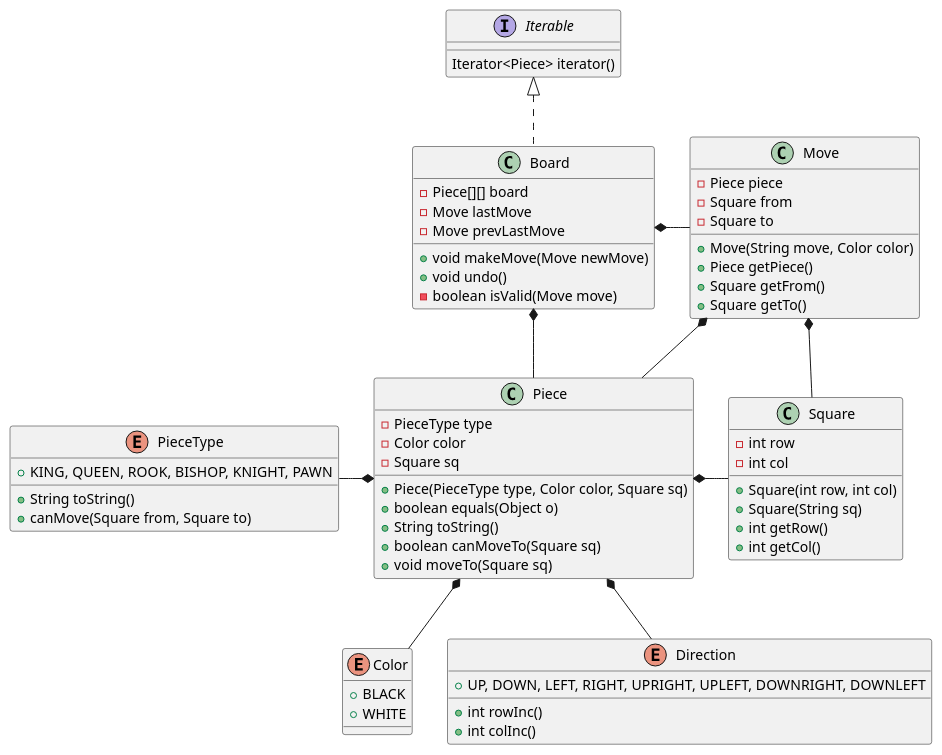
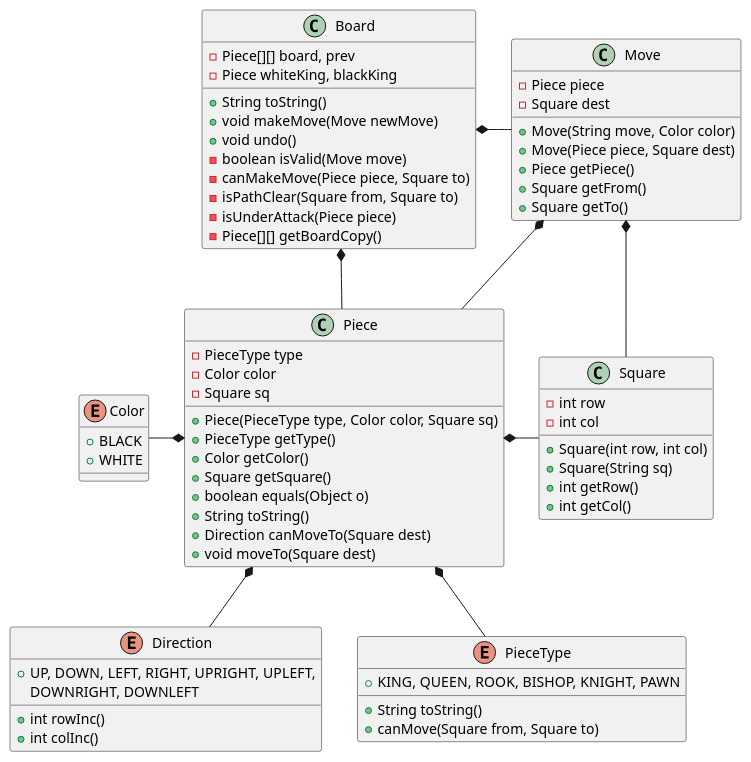
The diagram in src/Chess/utils/Chess_diagram.puml (rodrihern/POO-ITBA), drawn with PlantUML before and after one commit. The commit also changed 9 other files, not shown here.

```diff
--- a/src/Chess/utils/Chess_diagram.puml
+++ b/src/Chess/utils/Chess_diagram.puml
@@ -1,74 +1,77 @@
 @startuml
 
 
-interface Iterable {
-    Iterator<Piece> iterator()
-}
-
 class Board {
-    -Piece[][] board
-    -Move lastMove
-    -Move prevLastMove
+    -Piece[][] board, prev
+    -Piece whiteKing, blackKing
+    +String toString()
     +void makeMove(Move newMove)
     +void undo()
     -boolean isValid(Move move)
+    -canMakeMove(Piece piece, Square to)
+    -isPathClear(Square from, Square to)
+    -isUnderAttack(Piece piece)
+    -Piece[][] getBoardCopy()
 }
 
 class Piece {
     -PieceType type
     -Color color
     -Square sq
     +Piece(PieceType type, Color color, Square sq)
+    +PieceType getType()
+    +Color getColor()
+    +Square getSquare()
     +boolean equals(Object o)
     +String toString()
-    +boolean canMoveTo(Square sq)
-    +void moveTo(Square sq)
+    +Direction canMoveTo(Square dest)
+    +void moveTo(Square dest)
 }
 
 class Move {
     -Piece piece
-    -Square from
-    -Square to
+    -Square dest
     +Move(String move, Color color)
+    +Move(Piece piece, Square dest)
     +Piece getPiece()
     +Square getFrom()
     +Square getTo()
 }
 
 class Square {
     -int row
     -int col
     +Square(int row, int col)
     +Square(String sq)
     +int getRow()
     +int getCol()
 }
 
 enum Color {
     +BLACK
     +WHITE
 }
 
 enum Direction {
-    +UP, DOWN, LEFT, RIGHT, UPRIGHT, UPLEFT, DOWNRIGHT, DOWNLEFT
+    +UP, DOWN, LEFT, RIGHT, UPRIGHT, UPLEFT,
+    DOWNRIGHT, DOWNLEFT
     +int rowInc()
     +int colInc()
 }
 
 enum PieceType {
     +KING, QUEEN, ROOK, BISHOP, KNIGHT, PAWN
     +String toString()
     +canMove(Square from, Square to)
 }
 
 Board *- Move
 Move *- Square
 Move *-- Piece
 Board *- Piece
-Iterable <|.. Board
 Piece *- Square
-PieceType -* Piece
+Piece *-- PieceType
 Piece *-- Direction
-Piece *-- Color
+Color -* Piece
 
 @enduml
```
